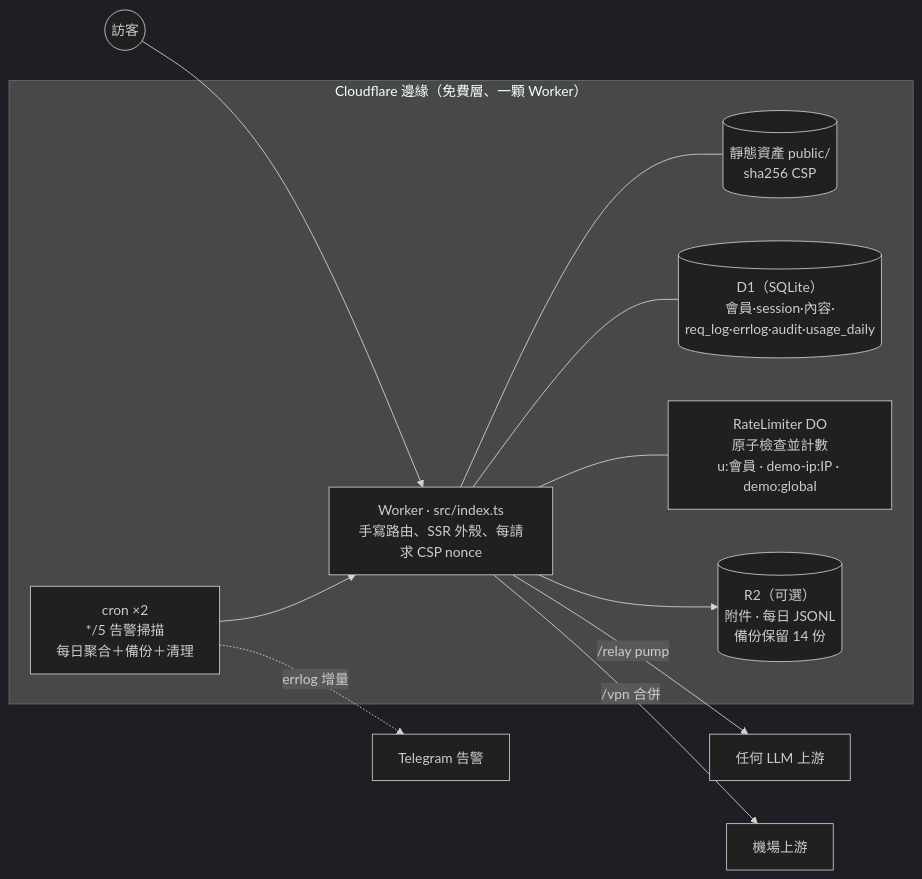
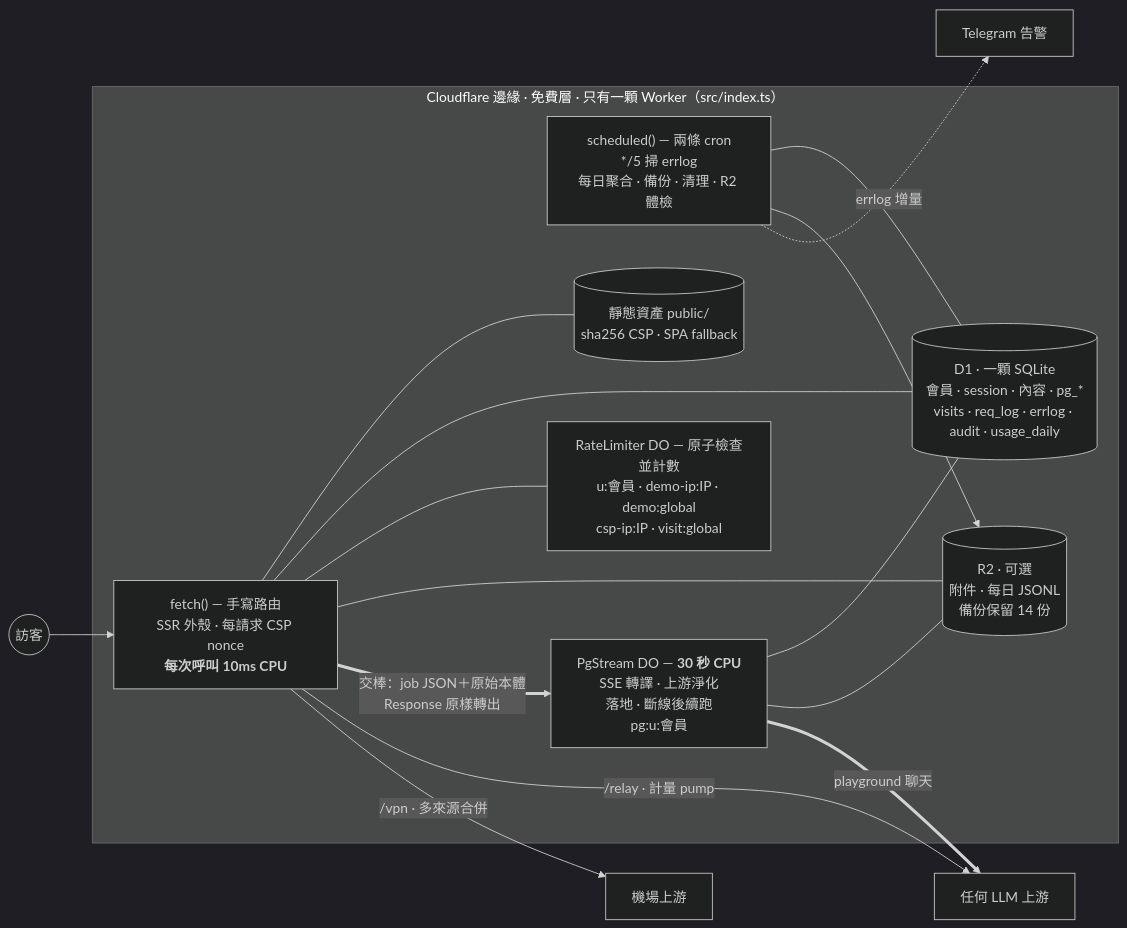
Before and after one commit to Jhongwe1/edge-llm-gateway: the diagram in README.zh-TW.md, drawn with Mermaid (dark theme). The commit also changed other lines of this file and 22 other files, not shown here.

````diff
--- a/README.zh-TW.md
+++ b/README.zh-TW.md
@@ -114,20 +114,26 @@
 ```mermaid
 flowchart LR
   V((訪客)) --> W
-  subgraph edge["Cloudflare 邊緣（免費層、一顆 Worker）"]
-    W["Worker · src/index.ts<br/>手寫路由、SSR 外殼、每請求 CSP nonce"]
-    A[("靜態資產 public/<br/>sha256 CSP")]
-    D[("D1（SQLite）<br/>會員·session·內容·<br/>req_log·errlog·audit·usage_daily")]
-    DO["RateLimiter DO<br/>原子檢查並計數<br/>u:會員 · demo-ip:IP · demo:global"]
-    CRON["cron ×2<br/>*/5 告警掃描<br/>每日聚合＋備份＋清理"]
-    R2[("R2（可選）<br/>附件 · 每日 JSONL<br/>備份保留 14 份")]
+  subgraph edge["Cloudflare 邊緣 · 免費層 · 只有一顆 Worker（src/index.ts）"]
+    W["fetch() — 手寫路由<br/>SSR 外殼 · 每請求 CSP nonce<br/><b>每次呼叫 10ms CPU</b>"]
+    CRON["scheduled() — 兩條 cron<br/>*/5 掃 errlog<br/>每日聚合 · 備份 · 清理 · R2 體檢"]
+    A[("靜態資產 public/<br/>sha256 CSP · SPA fallback")]
+    D[("D1 · 一顆 SQLite<br/>會員 · session · 內容 · pg_*<br/>visits · req_log · errlog · audit · usage_daily")]
+    DO["RateLimiter DO — 原子檢查並計數<br/>u:會員 · demo-ip:IP · demo:global<br/>csp-ip:IP · visit:global"]
+    PG["PgStream DO — <b>30 秒 CPU</b><br/>SSE 轉譯 · 上游淨化<br/>落地 · 斷線後續跑<br/>pg:u:會員"]
+    R2[("R2 · 可選<br/>附件 · 每日 JSONL<br/>備份保留 14 份")]
     W --- A
     W --- D
     W --- DO
-    CRON --> W
-    W --> R2
+    W --- R2
+    W ==>|"交棒：job JSON＋原始本體<br/>Response 原樣轉出"| PG
+    PG --- D
+    PG --- R2
+    CRON --- D
+    CRON --> R2
   end
-  W -->|"/relay pump"| U["任何 LLM 上游"]
-  W -->|"/vpn 合併"| AP["機場上游"]
+  PG ==>|"playground 聊天"| U["任何 LLM 上游"]
+  W -->|"/relay · 計量 pump"| U
+  W -->|"/vpn · 多來源合併"| AP["機場上游"]
   CRON -.->|"errlog 增量"| TG["Telegram 告警"]
 ```
````
